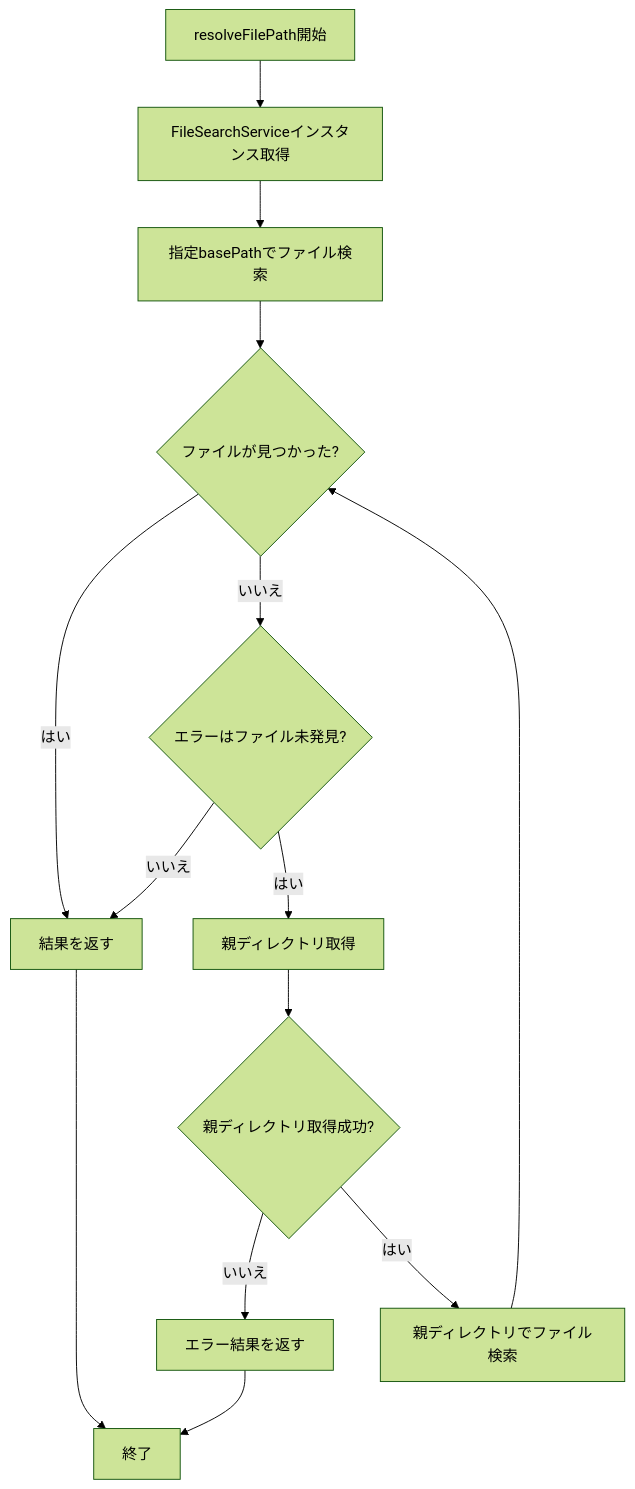
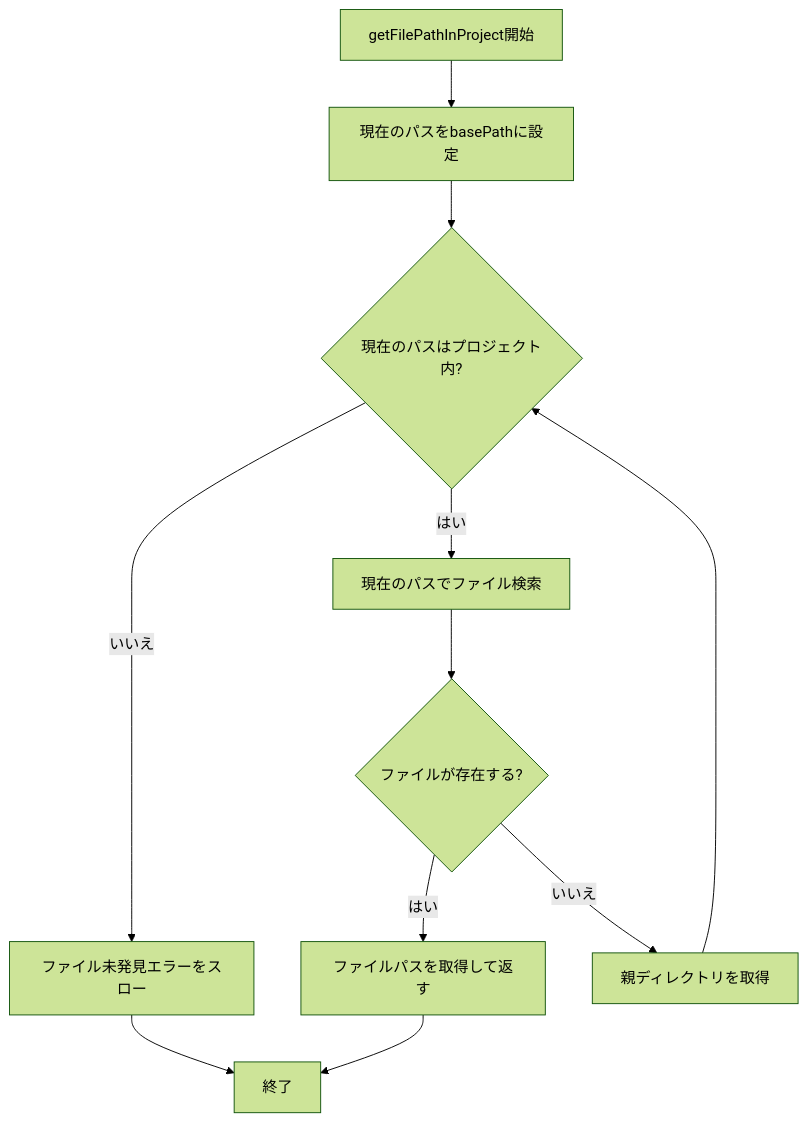
The second of 2 diagrams in src/services/FileResolverService.md (gongnyaa/inlined-copy), drawn with Mermaid (forest theme) before and after one commit. The commit also changed other lines of this file and 9 other files, not shown here.

````diff
--- a/src/services/FileResolverService.md
+++ b/src/services/FileResolverService.md
@@ -50,17 +32,14 @@
 ```mermaid
-%% resolveFilePath メソッドの処理フロー（リファクタリング後）
+%% getFilePathInProject メソッドの処理フロー
 flowchart TD
-    A[resolveFilePath開始] --> B[FileSearchServiceインスタンス取得]
-    B --> C[指定basePathでファイル検索]
-    C --> D{ファイルが見つかった?}
-    D -->|はい| E[結果を返す]
-    D -->|いいえ| F{エラーはファイル未発見?}
-    F -->|いいえ| E
-    F -->|はい| G[親ディレクトリ取得]
-    G --> H{親ディレクトリ取得成功?}
-    H -->|いいえ| I[エラー結果を返す]
-    H -->|はい| J[親ディレクトリでファイル検索]
-    J --> D
-    E --> K[終了]
-    I --> K
+    A[getFilePathInProject開始] --> B[現在のパスをbasePathに設定]
+    B --> C{現在のパスはプロジェクト内?}
+    C -->|いいえ| D[ファイル未発見エラーをスロー]
+    C -->|はい| E[現在のパスでファイル検索]
+    E --> F{ファイルが存在する?}
+    F -->|はい| G[ファイルパスを取得して返す]
+    F -->|いいえ| H[親ディレクトリを取得]
+    H --> C
+    G --> I[終了]
+    D --> I
 ```
````
